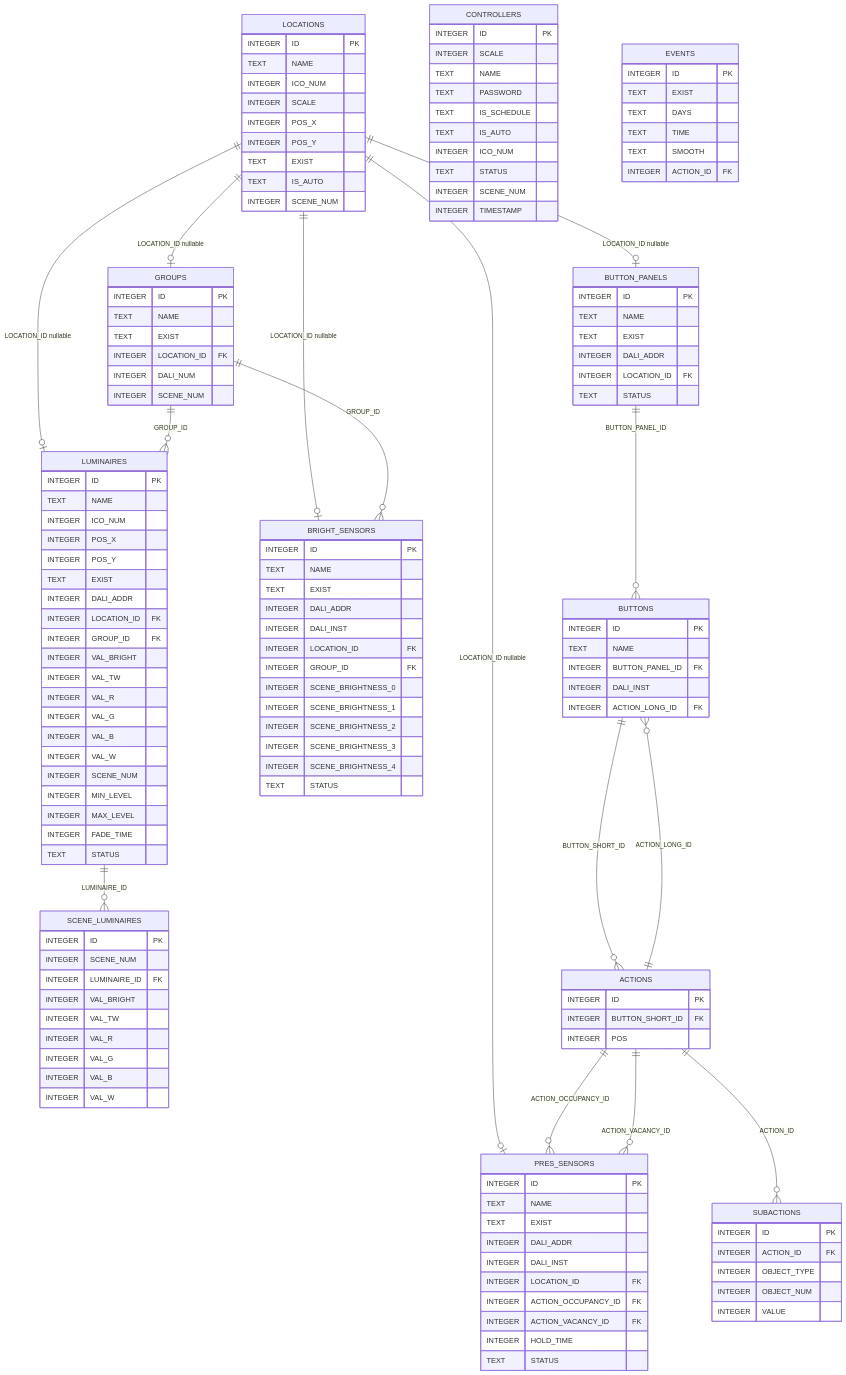
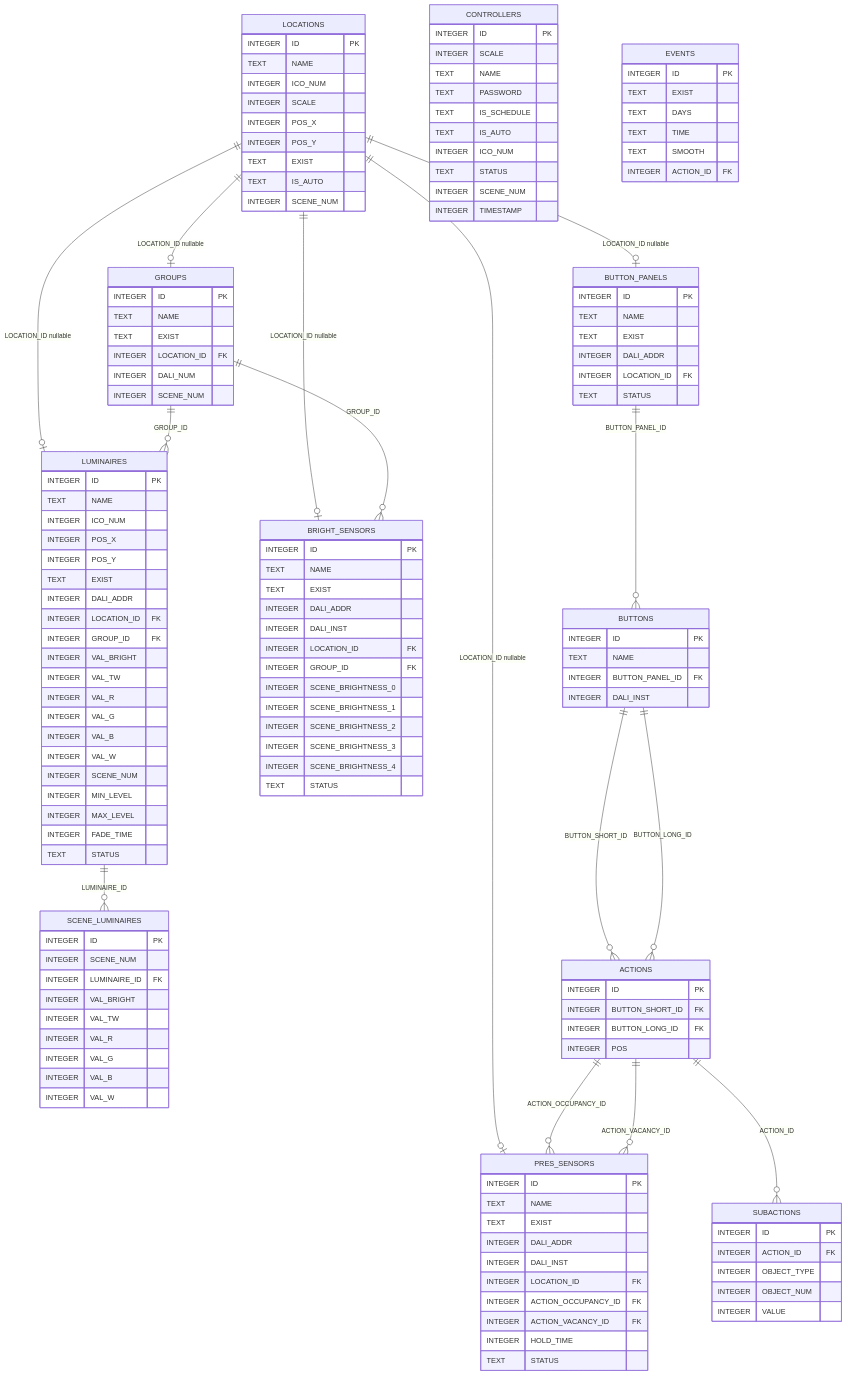
The diagram in PDS/SynapsePDS_APP_DB_scheme.md (KhudyakovAlex/Synapse), drawn with Mermaid before and after one commit. The commit also changed other lines of this file and 13 other files, not shown here.

Commit message:
Refactor button actions: move ACTION_LONG_ID from BUTTONS to ACTIONS.BUTTON_LONG_ID, VERSION 12->13

```diff
--- a/PDS/SynapsePDS_APP_DB_scheme.md
+++ b/PDS/SynapsePDS_APP_DB_scheme.md
@@ -16,7 +16,7 @@
     LUMINAIRES ||--o{ SCENE_LUMINAIRES : "LUMINAIRE_ID"
     BUTTON_PANELS ||--o{ BUTTONS : "BUTTON_PANEL_ID"
     BUTTONS ||--o{ ACTIONS : "BUTTON_SHORT_ID"
-    ACTIONS ||--o{ BUTTONS : "ACTION_LONG_ID"
+    BUTTONS ||--o{ ACTIONS : "BUTTON_LONG_ID"
     ACTIONS ||--o{ PRES_SENSORS : "ACTION_OCCUPANCY_ID"
     ACTIONS ||--o{ PRES_SENSORS : "ACTION_VACANCY_ID"
     ACTIONS ||--o{ SUBACTIONS : "ACTION_ID"
@@ -133,12 +133,12 @@
         TEXT NAME
         INTEGER BUTTON_PANEL_ID FK
         INTEGER DALI_INST
-        INTEGER ACTION_LONG_ID FK
     }
 
     ACTIONS {
         INTEGER ID PK
         INTEGER BUTTON_SHORT_ID FK
+        INTEGER BUTTON_LONG_ID FK
         INTEGER POS
     }
 
```
